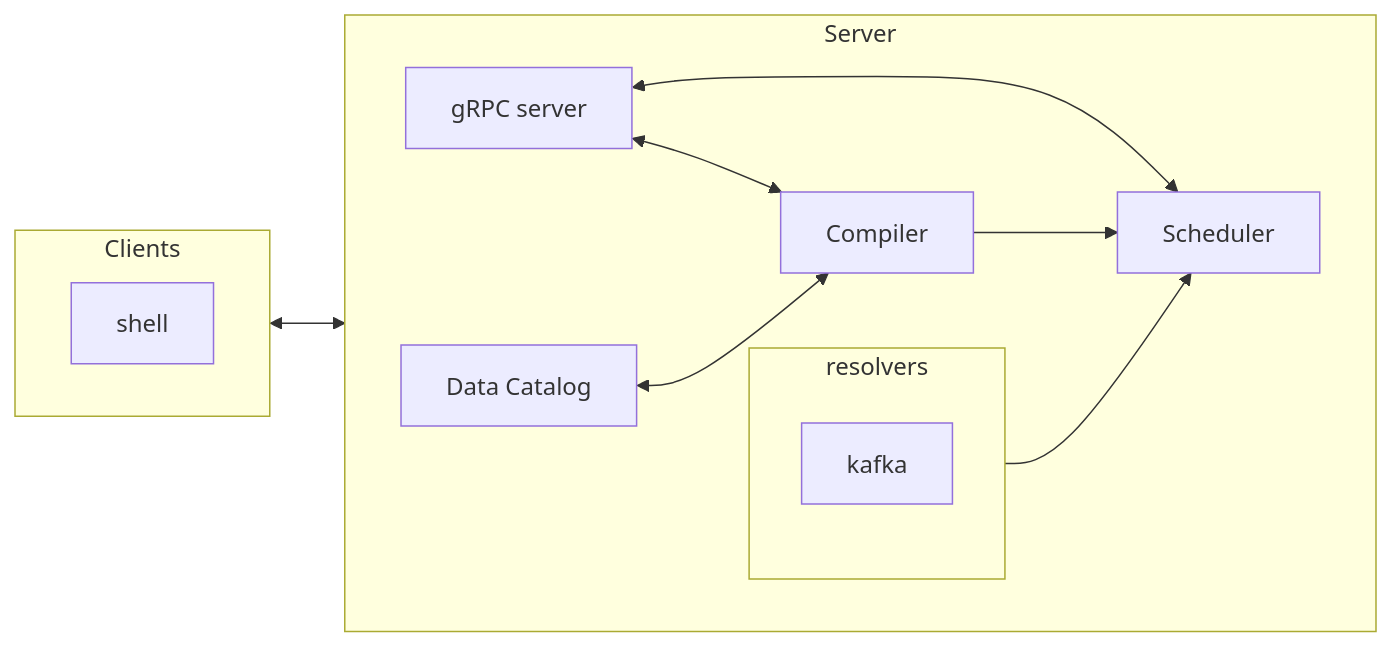
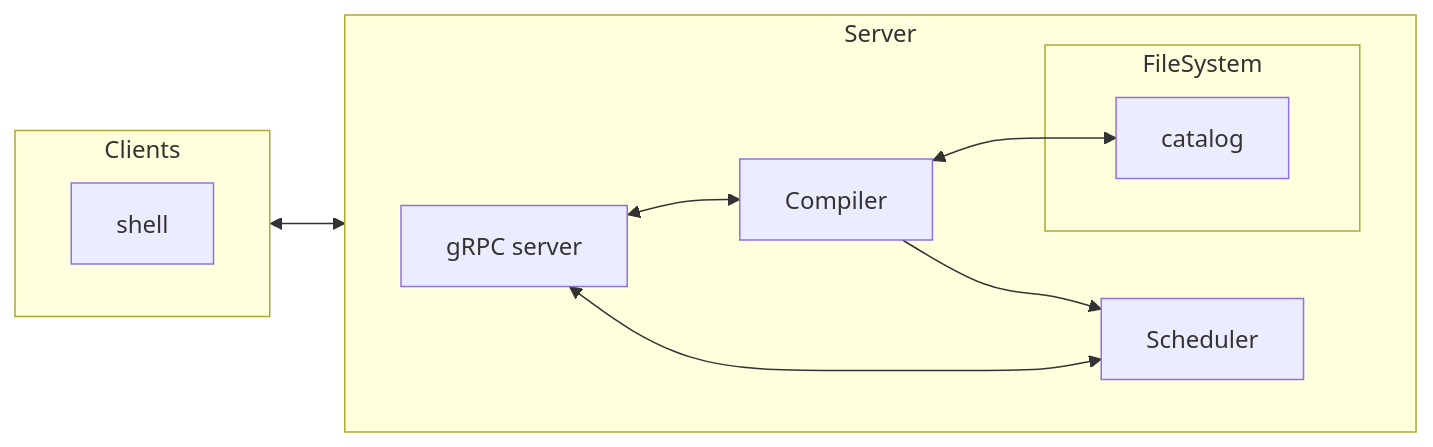
The first of 2 diagrams in docs/docs/concepts/components.md (typestreamio/typestream), drawn with Mermaid before and after one commit. The commit also changed other lines of this file and 89 other files, not shown here.

````diff
--- a/docs/docs/concepts/components.md
+++ b/docs/docs/concepts/components.md
@@ -30,19 +29,18 @@
 ```mermaid
 flowchart LR
-  subgraph resolvers
-    kafka
-  end
   subgraph Server
     direction LR
       grpc["gRPC server"] <--> Compiler
       grpc <--> Scheduler
       Compiler-->Scheduler
-      resolvers-->Scheduler
-      catalog["Data Catalog"] <--> Compiler
+      Compiler<-->catalog
+      subgraph FileSystem
+        catalog
+      end
   end
   Clients <--> grpc
   subgraph Clients
     direction LR
     shell
   end
 ```
````
